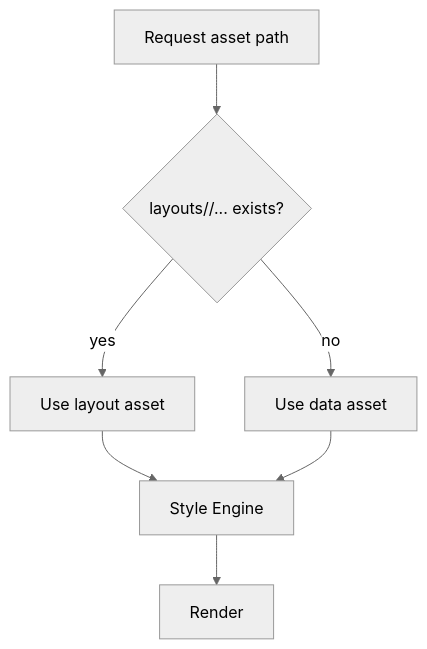
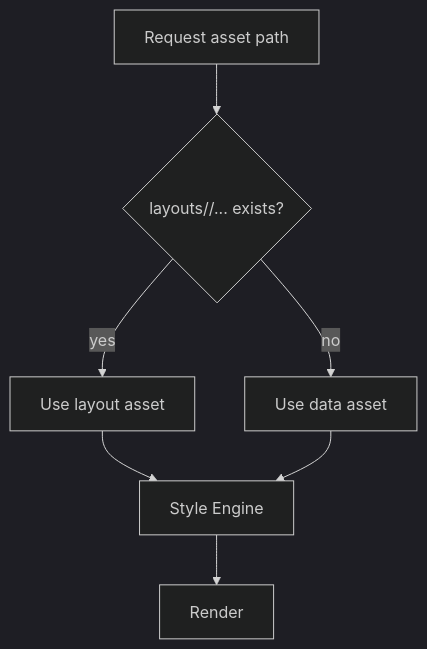
Before and after one commit to lukaszj321/otcv8-dev: the diagram in docs/authoring/_static/mermaid/layouts_resolver.mmd, drawn with Mermaid.

Commit message:
Change Mermaid theme from 'neutral' to 'dark'

```diff
--- a/docs/authoring/_static/mermaid/layouts_resolver.mmd
+++ b/docs/authoring/_static/mermaid/layouts_resolver.mmd
@@ -1,8 +1,8 @@
-%%{init: { 'theme': 'neutral' }}%%
+%%{init: { 'theme': 'dark' }}%%
 flowchart TD
   A[Request asset path] --> B{layouts/<active>/... exists?}
   B -- yes --> C[Use layout asset]
   B -- no --> D[Use data asset]
   C --> E[Style Engine]
   D --> E[Style Engine]
   E --> F[Render]
```
